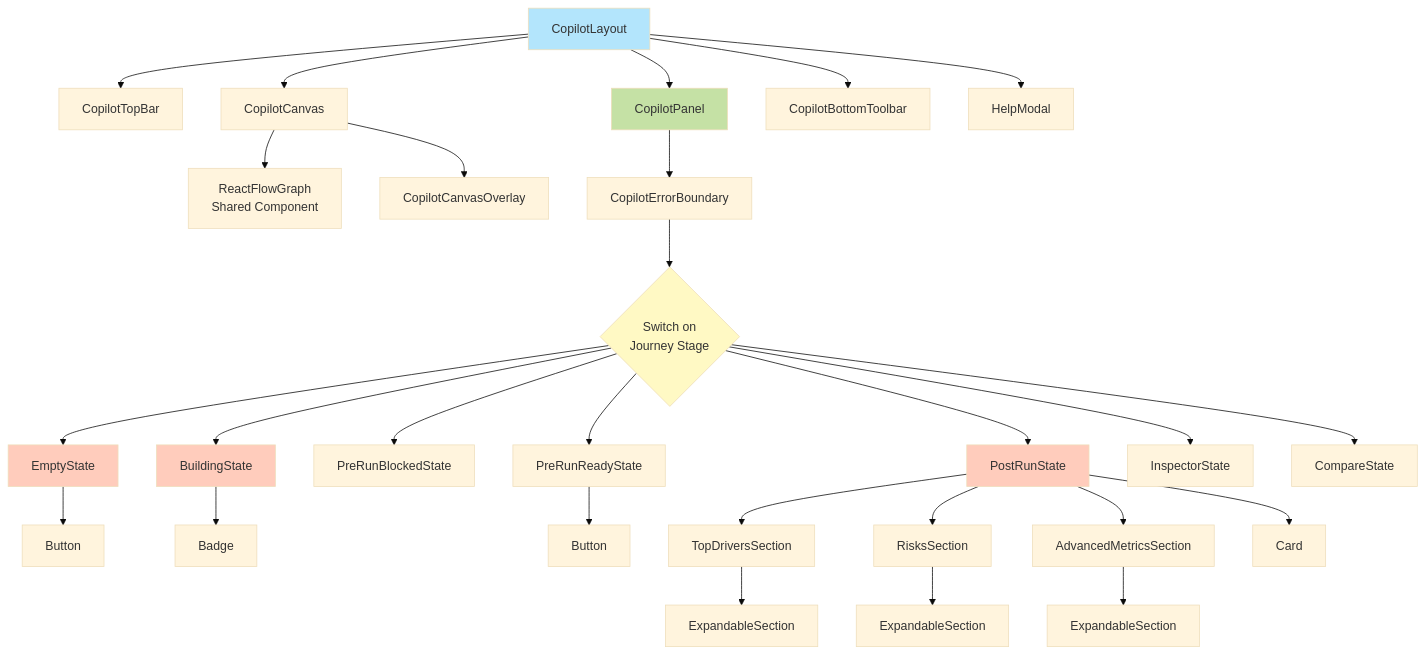
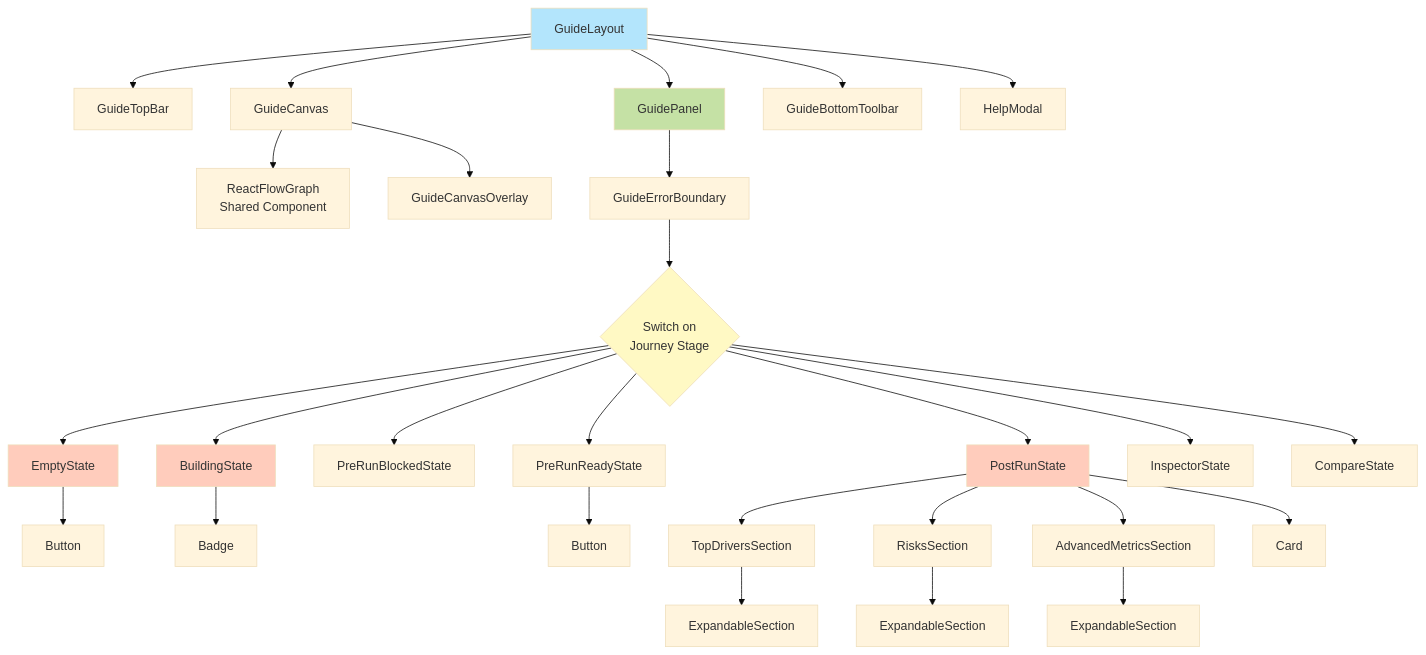
Before and after one commit to Talchain/DecisionGuideAI: the second of 11 diagrams in src/pages/sandbox-guide/ARCHITECTURE.md, drawn with Mermaid (base theme). The commit also changed other lines of this file and 32 other files, not shown here.

First line of the commit message:
refactor(guide): update all file contents from Copilot to Guide

````diff
--- a/src/pages/sandbox-guide/ARCHITECTURE.md
+++ b/src/pages/sandbox-guide/ARCHITECTURE.md
@@ -86,44 +86,44 @@
 ```mermaid
 graph TD
-    Root[CopilotLayout]
+    Root[GuideLayout]
 
-    Root --> TopBar[CopilotTopBar]
-    Root --> Canvas[CopilotCanvas]
-    Root --> Panel[CopilotPanel]
-    Root --> Toolbar[CopilotBottomToolbar]
+    Root --> TopBar[GuideTopBar]
+    Root --> Canvas[GuideCanvas]
+    Root --> Panel[GuidePanel]
+    Root --> Toolbar[GuideBottomToolbar]
     Root --> Modal[HelpModal]
 
     Canvas --> RFGraph[ReactFlowGraph<br/>Shared Component]
-    Canvas --> Overlay[CopilotCanvasOverlay]
+    Canvas --> Overlay[GuideCanvasOverlay]
 
-    Panel --> ErrorBoundary[CopilotErrorBoundary]
+    Panel --> ErrorBoundary[GuideErrorBoundary]
     ErrorBoundary --> States{Switch on<br/>Journey Stage}
 
     States --> Empty[EmptyState]
     States --> Building[BuildingState]
     States --> PreBlocked[PreRunBlockedState]
     States --> PreReady[PreRunReadyState]
     States --> Post[PostRunState]
     States --> Inspector[InspectorState]
     States --> Compare[CompareState]
 
     Post --> TopDrivers[TopDriversSection]
     Post --> Risks[RisksSection]
     Post --> Advanced[AdvancedMetricsSection]
 
     TopDrivers --> Expand1[ExpandableSection]
     Risks --> Expand2[ExpandableSection]
     Advanced --> Expand3[ExpandableSection]
 
     Empty --> Button1[Button]
     Building --> Badge1[Badge]
     PreReady --> Button2[Button]
     Post --> Card[Card]
 
     style Root fill:#b3e5fc
     style Panel fill:#c5e1a5
     style States fill:#fff9c4
     style Empty fill:#ffccbc
     style Building fill:#ffccbc
     style Post fill:#ffccbc
 ```
````
